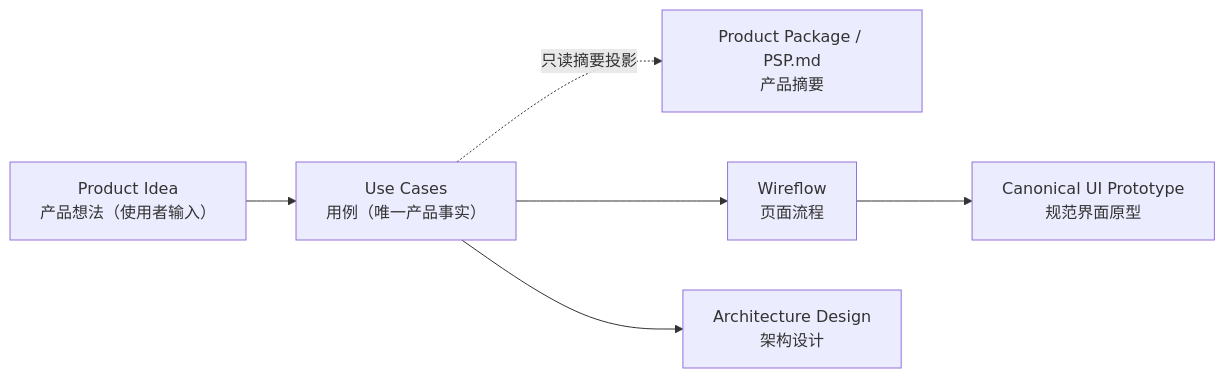
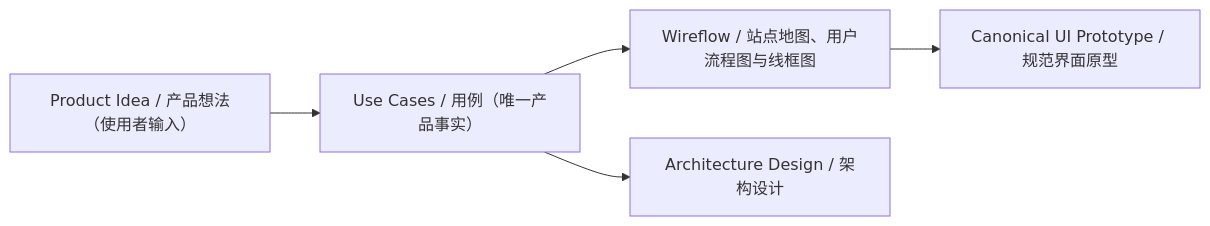
The first of 3 diagrams in templates/workspace/README.md (bigsmartben/pre-sdd), drawn with Mermaid before and after one commit. The commit also changed other lines of this file and 34 other files, not shown here.

Commit message:
refactor(product-design): split actor wireflows and UI apps

````diff
--- a/templates/workspace/README.md
+++ b/templates/workspace/README.md
@@ -34,8 +34,7 @@
 ```mermaid
 flowchart LR
-    I["Product Idea<br/>产品想法（使用者输入）"] --> U["Use Cases<br/>用例（唯一产品事实）"]
-    U -.只读摘要投影.-> O["Product Package / PSP.md<br/>产品摘要"]
-    U --> W["Wireflow<br/>页面流程"]
-    W --> C["Canonical UI Prototype<br/>规范界面原型"]
-    U --> A["Architecture Design<br/>架构设计"]
+    I["Product Idea / 产品想法（使用者输入）"] --> U["Use Cases / 用例（唯一产品事实）"]
+    U --> W["Wireflow / 站点地图、用户流程图与线框图"]
+    W --> C["Canonical UI Prototype / 规范界面原型"]
+    U --> A["Architecture Design / 架构设计"]
 ```
````
